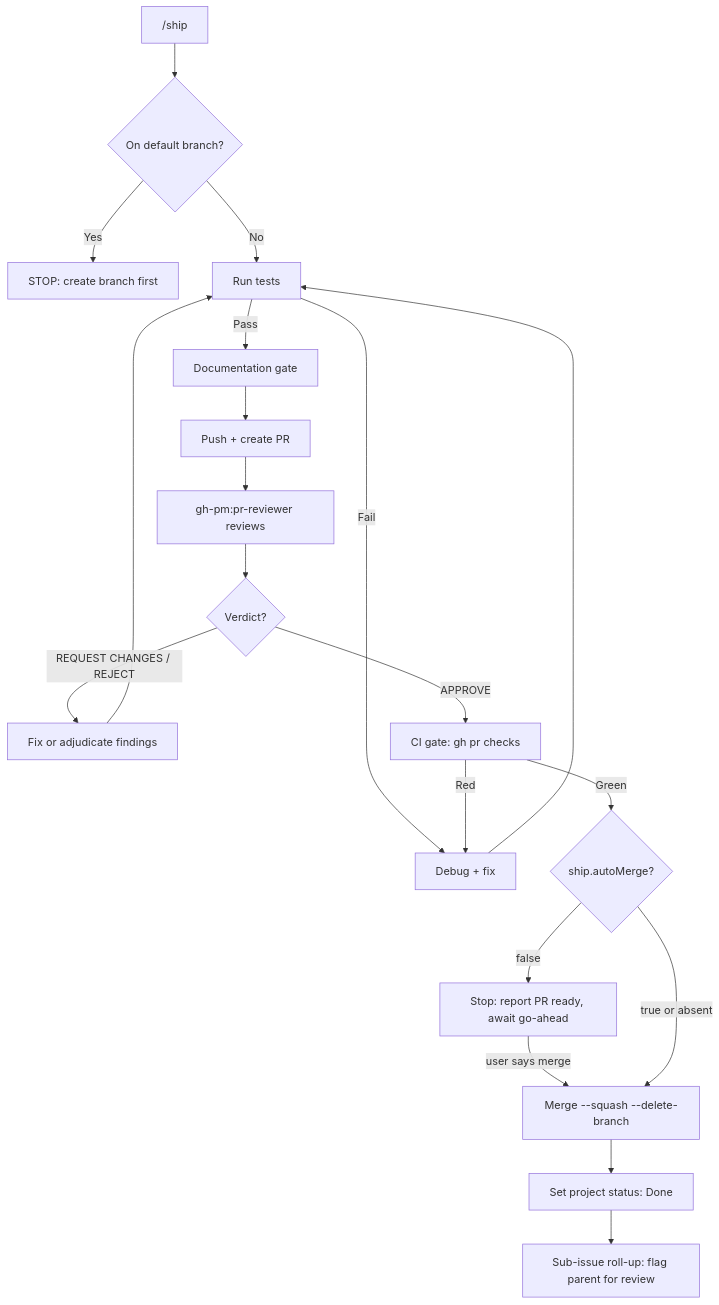
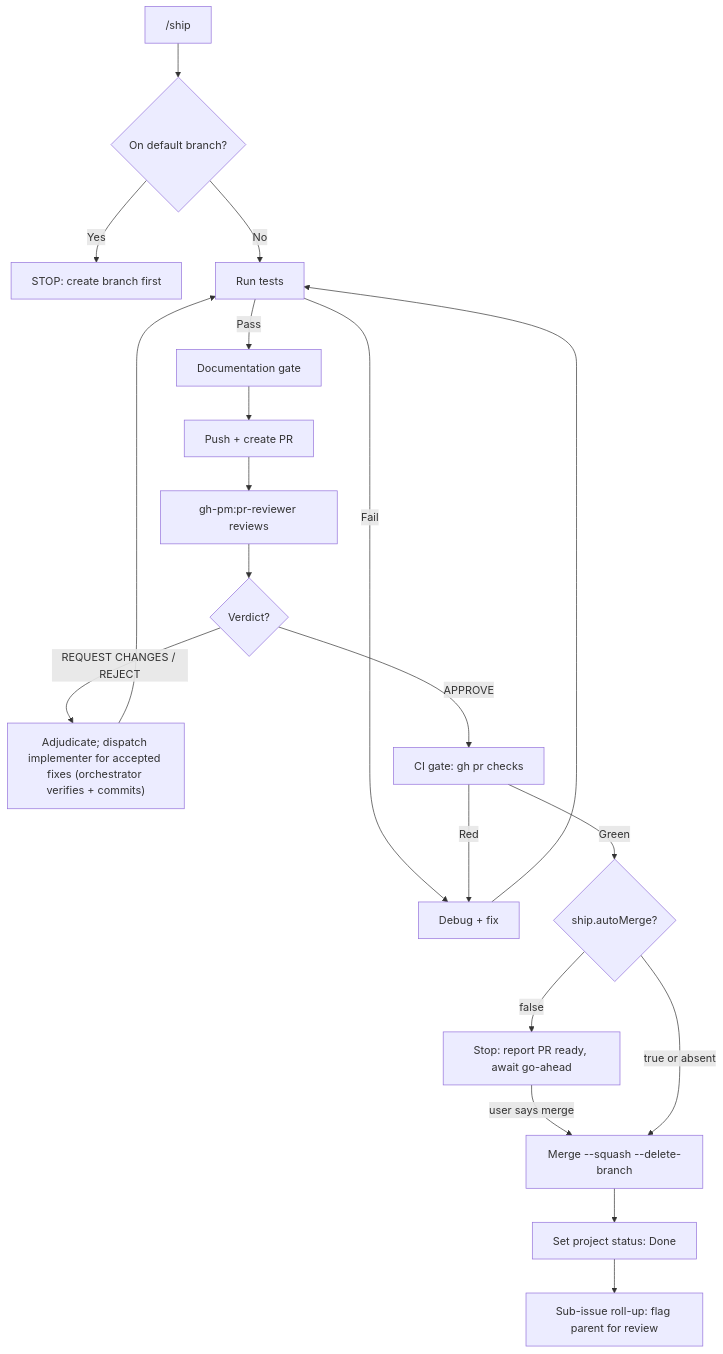
The fourth of 8 diagrams in README.md (trackness/claude-agents), drawn with Mermaid before and after one commit. The commit also changed other lines of this file, not shown here.

First line of the commit message:
docs: align README with dispatched-implementation and mandatory spec-review architecture

````diff
--- a/README.md
+++ b/README.md
@@ -207,22 +207,22 @@
 ```mermaid
 flowchart TD
     A["/ship"] --> B{On default branch?}
     B -->|Yes| C[STOP: create branch first]
     B -->|No| D[Run tests]
     D -->|Fail| E[Debug + fix]
     E --> D
     D -->|Pass| F[Documentation gate]
     F --> H[Push + create PR]
     H --> I[gh-pm:pr-reviewer reviews]
     I --> J{Verdict?}
-    J -->|REQUEST CHANGES / REJECT| N[Fix or adjudicate findings]
+    J -->|REQUEST CHANGES / REJECT| N["Adjudicate; dispatch implementer for accepted fixes (orchestrator verifies + commits)"]
     N --> D
     J -->|APPROVE| CI[CI gate: gh pr checks]
     CI -->|Red| E
     CI -->|Green| AM{ship.autoMerge?}
     AM -->|false| W[Stop: report PR ready, await go-ahead]
     W -->|user says merge| L
     AM -->|true or absent| L["Merge --squash --delete-branch"]
     L --> O[Set project status: Done]
     O --> RU[Sub-issue roll-up: flag parent for review]
 ```
````
